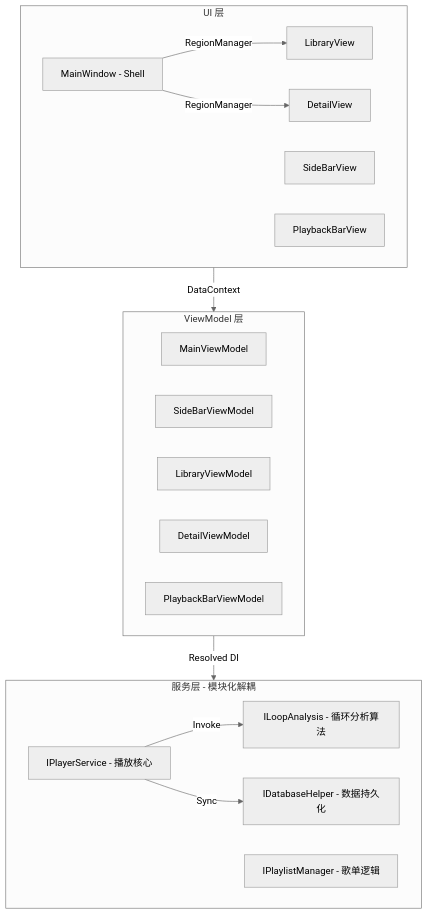
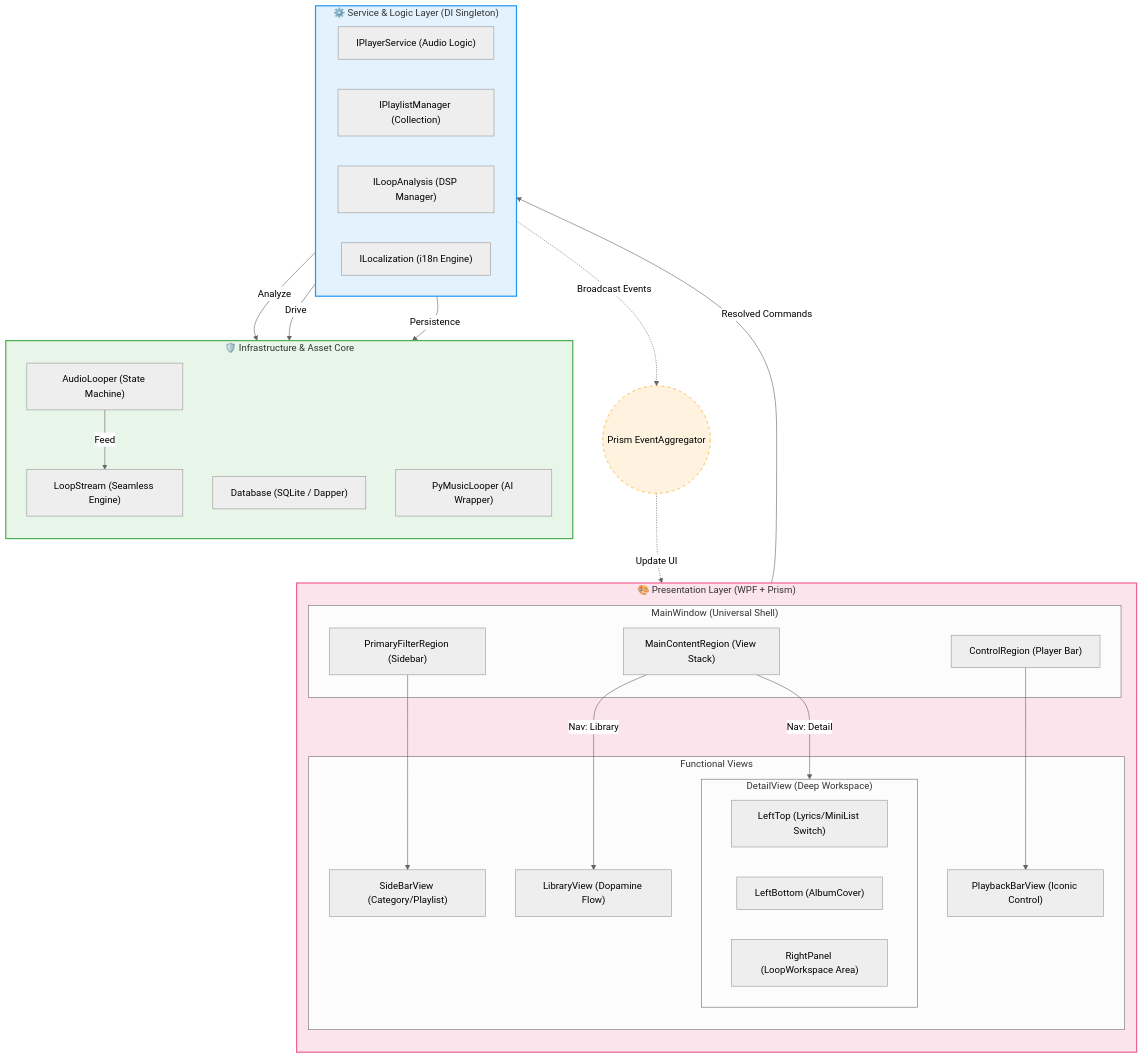
The first of 3 diagrams in progress/23更详细的架构.md (CPUrising/seamless-loop-music), drawn with Mermaid (neutral theme) before and after one commit. The commit also changed other lines of this file and 1 other file, not shown here.

Commit message:
update 架构图

````diff
--- a/progress/23更详细的架构.md
+++ b/progress/23更详细的架构.md
@@ -12,33 +12,67 @@
 ```mermaid
 graph TD
-    subgraph UI_Layer ["UI 层"]
-        MW["MainWindow - Shell"]
-        SBV["SideBarView"]
-        LVV["LibraryView"]
-        DV["DetailView"]
-        PCV["PlaybackBarView"]
+    %% 展示层：采用层级嵌套
+    subgraph UI_Layer ["🎨 Presentation Layer (WPF + Prism)"]
+        direction TB
+        subgraph Shell ["MainWindow (Universal Shell)"]
+            R1["PrimaryFilterRegion (Sidebar)"]
+            R2["MainContentRegion (View Stack)"]
+            R3["ControlRegion (Player Bar)"]
+        end
+        
+        subgraph Views ["Functional Views"]
+            SBV["SideBarView (Category/Playlist)"]
+            LVV["LibraryView (Dopamine Flow)"]
+            PCV["PlaybackBarView (Iconic Control)"]
+            
+            subgraph DV ["DetailView (Deep Workspace)"]
+                LT["LeftTop (Lyrics/MiniList Switch)"]
+                LB["LeftBottom (AlbumCover)"]
+                RW["RightPanel (LoopWorkspace Area)"]
+            end
+        end
+        
+        R1 --> SBV
+        R2 -- "Nav: Library" --> LVV
+        R2 -- "Nav: Detail" --> DV
+        R3 --> PCV
     end
 
-    subgraph VM_Layer ["ViewModel 层"]
-        MVM["MainViewModel"]
-        SBVM["SideBarViewModel"]
-        LVVM["LibraryViewModel"]
-        DVVM["DetailViewModel"]
-        PCVM["PlaybackBarViewModel"]
+    %% 服务层：逻辑中枢
+    subgraph Service_Layer ["⚙️ Service & Logic Layer (DI Singleton)"]
+        direction LR
+        PS["IPlayerService (Audio Logic)"]
+        PMS["IPlaylistManager (Collection)"]
+        LAS["ILoopAnalysis (DSP Manager)"]
+        LS["ILocalization (i18n Engine)"]
     end
 
-    subgraph Service_Layer ["服务层 - 模块化解耦"]
-        PS["IPlayerService - 播放核心"]
-        PM["IPlaylistManager - 歌单逻辑"]
-        DB["IDatabaseHelper - 数据持久化"]
-        AS["ILoopAnalysis - 循环分析算法"]
+    %% 核心层：基础设施
+    subgraph Infrastructure ["🛡️ Infrastructure & Asset Core"]
+        direction TB
+        AL["AudioLooper (State Machine)"]
+        Str["LoopStream (Seamless Engine)"]
+        DB["Database (SQLite / Dapper)"]
+        PyW["PyMusicLooper (AI Wrapper)"]
     end
 
-    %% 持有与注入关系
-    MW -- "RegionManager" --> LVV
-    MW -- "RegionManager" --> DV
-    UI_Layer -- "DataContext" --> VM_Layer
-    VM_Layer -- "Resolved DI" --> Service_Layer
-    PS -- "Invoke" --> AS
-    PS -- "Sync" --> DB
+    %% 通讯机制
+    Bus(("Prism EventAggregator"))
+
+    %% 数据与指令流
+    UI_Layer -- "Resolved Commands" --> Service_Layer
+    Service_Layer -- "Drive" --> AL
+    AL -- "Feed" --> Str
+    Service_Layer -- "Persistence" --> DB
+    LAS -- "Analyze" --> PyW
+    
+    %% 消息传递
+    Service_Layer -. "Broadcast Events" .-> Bus
+    Bus -. "Update UI" .-> UI_Layer
+
+    %% 视觉美化方案
+    style UI_Layer fill:#fce4ec,stroke:#f06292,stroke-width:2px
+    style Service_Layer fill:#e3f2fd,stroke:#2196f3,stroke-width:2px
+    style Infrastructure fill:#e8f5e9,stroke:#4caf50,stroke-width:2px
+    style Bus fill:#fff3e0,stroke:#ff9800,stroke-dasharray: 5 5
 ```
````
